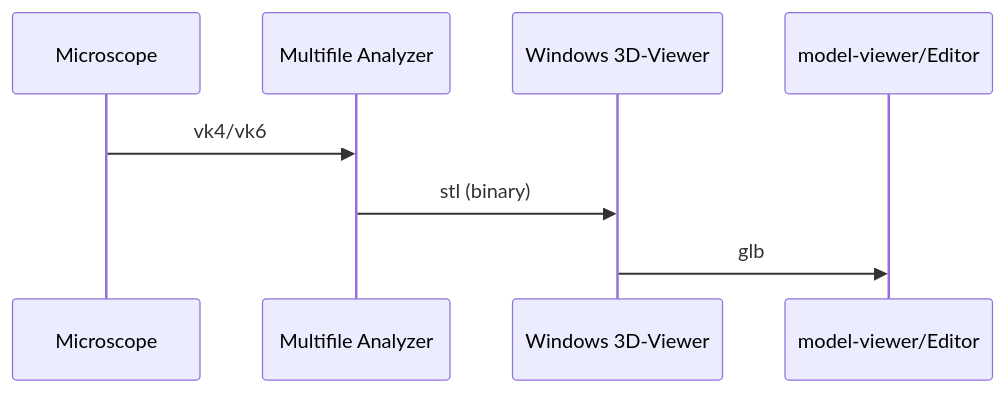
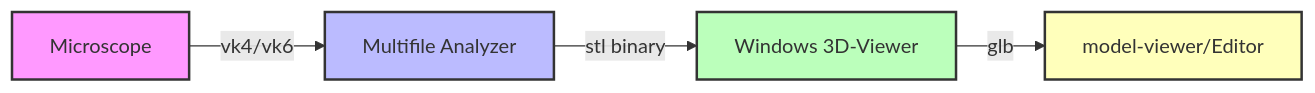
Before and after one commit to Jajaho/jajaho.github.io: the diagram in content/post/ic-microscopy/index.md, drawn with Mermaid. The commit also changed 8 other files, not shown here.

````diff
--- a/content/post/ic-microscopy/index.md
+++ b/content/post/ic-microscopy/index.md
@@ -52,6 +52,11 @@
 ```mermaid
-    sequenceDiagram
-    Microscope->>Multifile Analyzer: vk4/vk6
-    Multifile Analyzer->>Windows 3D-Viewer: stl (binary)
-    Windows 3D-Viewer->>model-viewer/Editor: glb
+    flowchart LR
+    M[Microscope] -->|vk4/vk6| MA[Multifile Analyzer]
+    MA -->|stl binary| W[Windows 3D-Viewer]
+    W -->|glb| MV[model-viewer/Editor]
+
+    style M fill:#f9f,stroke:#333,stroke-width:2px
+    style MA fill:#bbf,stroke:#333,stroke-width:2px
+    style W fill:#bfb,stroke:#333,stroke-width:2px
+    style MV fill:#ffb,stroke:#333,stroke-width:2px
 ```
````
